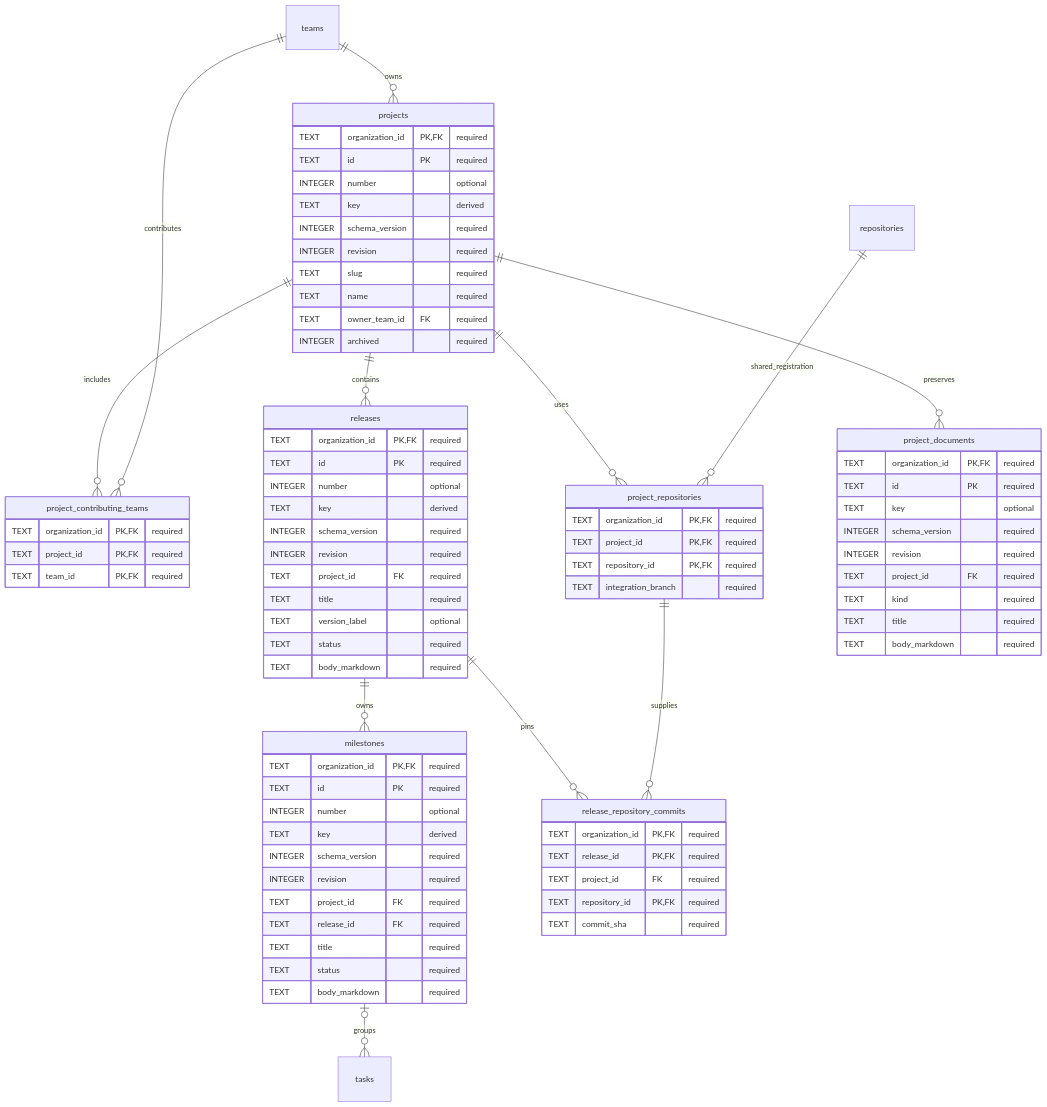
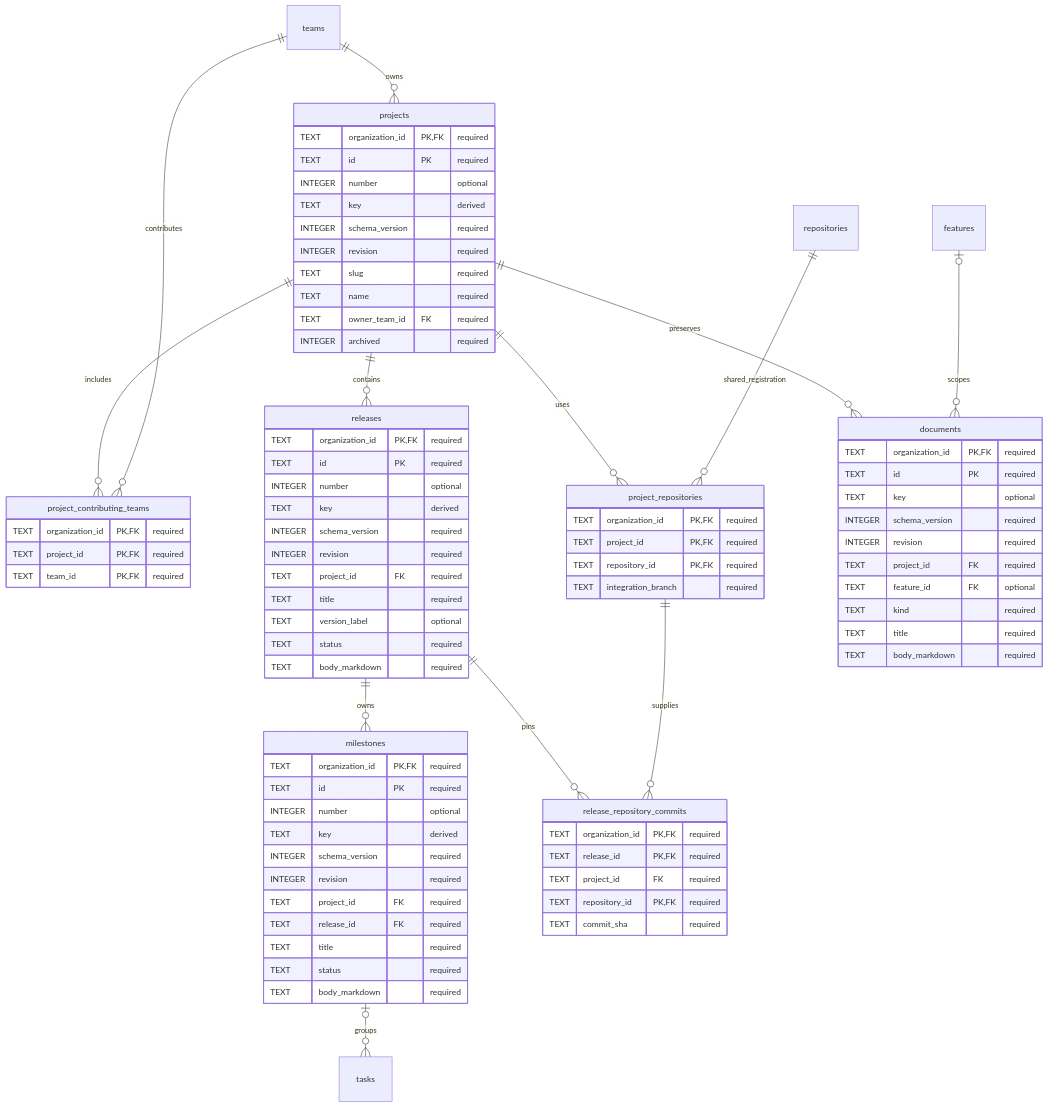
The diagram in docs/design/organization-data/02-project-structure.md (vgmello/agentic-org), drawn with Mermaid before and after one commit. The commit also changed other lines of this file and 7 other files, not shown here.

```diff
--- a/docs/design/organization-data/02-project-structure.md
+++ b/docs/design/organization-data/02-project-structure.md
@@ -16,7 +16,8 @@
     releases ||--o{ release_repository_commits : pins
     project_repositories ||--o{ release_repository_commits : supplies
     milestones o|--o{ tasks : groups
-    projects ||--o{ project_documents : preserves
+    projects ||--o{ documents : preserves
+    features o|--o{ documents : scopes
     projects {
         TEXT organization_id PK, FK "required"
         TEXT id PK "required"
@@ -73,13 +74,14 @@
         TEXT status "required"
         TEXT body_markdown "required"
     }
-    project_documents {
+    documents {
         TEXT organization_id PK, FK "required"
         TEXT id PK "required"
         TEXT key "optional"
         INTEGER schema_version "required"
         INTEGER revision "required"
         TEXT project_id FK "required"
+        TEXT feature_id FK "optional"
         TEXT kind "required"
         TEXT title "required"
         TEXT body_markdown "required"
```
